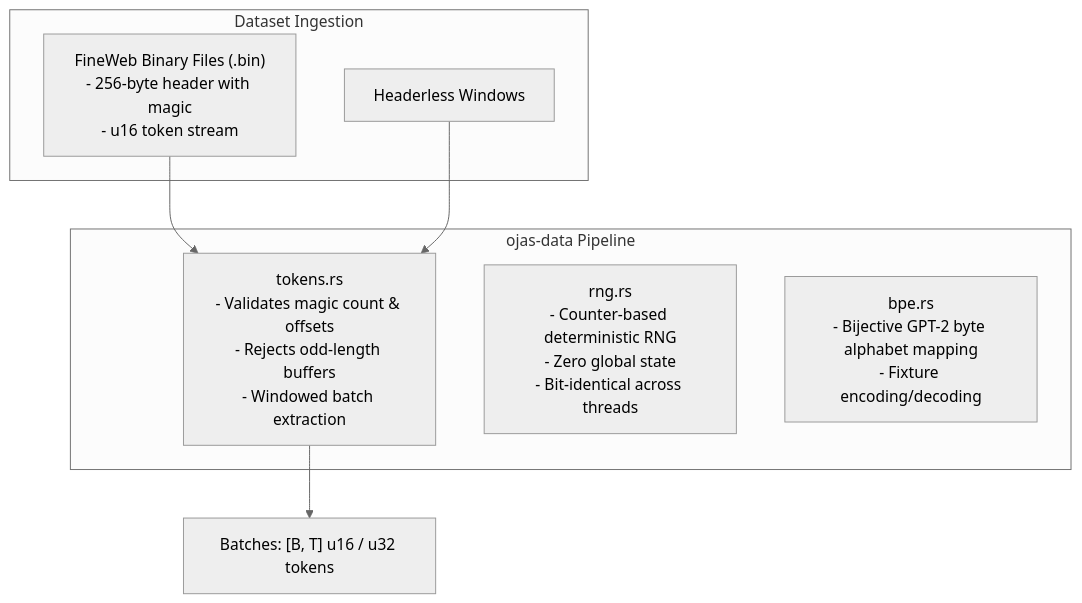
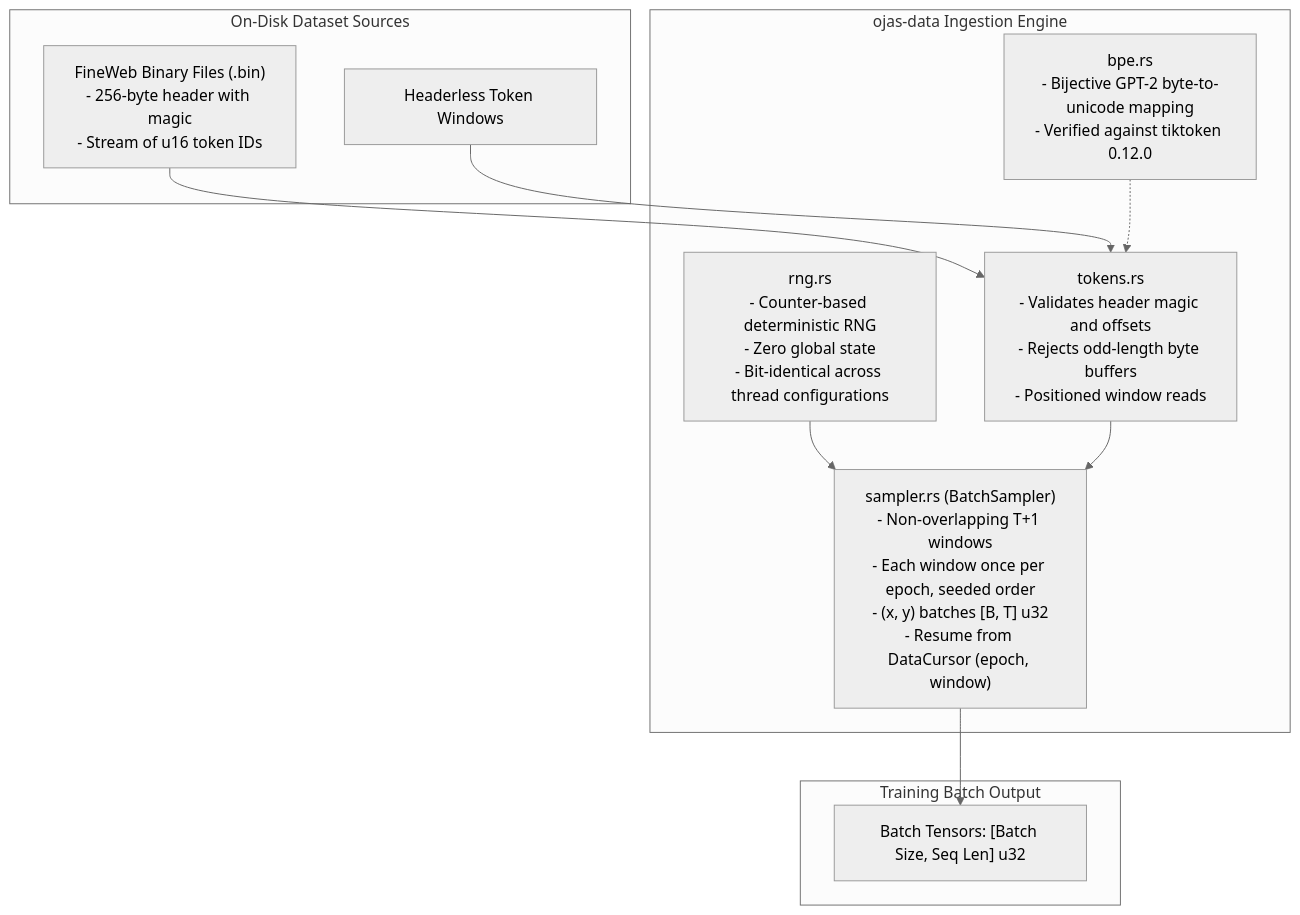
Before and after one commit to bharathvbcr/ojas: the first of 2 diagrams in ojas-data/README.md, drawn with Mermaid (neutral theme). The commit also changed other lines of this file and 341 other files, not shown here.

````diff
--- a/ojas-data/README.md
+++ b/ojas-data/README.md
@@ -9,17 +9,25 @@
 ```mermaid
 flowchart TD
-    subgraph DataSources["Dataset Ingestion"]
-        FineWeb["FineWeb Binary Files (.bin)\n- 256-byte header with magic\n- u16 token stream"]
-        Custom["Headerless Windows"]
+    subgraph Storage["On-Disk Dataset Sources"]
+        FineWeb["FineWeb Binary Files (.bin)\n- 256-byte header with magic\n- Stream of u16 token IDs"]
+        RawWindows["Headerless Token Windows"]
     end
 
-    subgraph Loaders["ojas-data Pipeline"]
-        Tokens["tokens.rs\n- Validates magic count & offsets\n- Rejects odd-length buffers\n- Windowed batch extraction"]
-        RNG["rng.rs\n- Counter-based deterministic RNG\n- Zero global state\n- Bit-identical across threads"]
-        BPE["bpe.rs\n- Bijective GPT-2 byte alphabet mapping\n- Fixture encoding/decoding"]
+    subgraph DataEngine["ojas-data Ingestion Engine"]
+        Tokens["tokens.rs\n- Validates header magic and offsets\n- Rejects odd-length byte buffers\n- Positioned window reads"]
+        Sampler["sampler.rs (BatchSampler)\n- Non-overlapping T+1 windows\n- Each window once per epoch, seeded order\n- (x, y) batches [B, T] u32\n- Resume from DataCursor (epoch, window)"]
+        RNG["rng.rs\n- Counter-based deterministic RNG\n- Zero global state\n- Bit-identical across thread configurations"]
+        BPE["bpe.rs\n- Bijective GPT-2 byte-to-unicode mapping\n- Verified against tiktoken 0.12.0"]
+    end
+
+    subgraph Batches["Training Batch Output"]
+        Out["Batch Tensors: [Batch Size, Seq Len] u32"]
     end
 
     FineWeb --> Tokens
-    Custom --> Tokens
-    Tokens --> Batches["Batches: [B, T] u16 / u32 tokens"]
+    RawWindows --> Tokens
+    RNG --> Sampler
+    BPE -.-> Tokens
+    Tokens --> Sampler
+    Sampler --> Out
 ```
````
